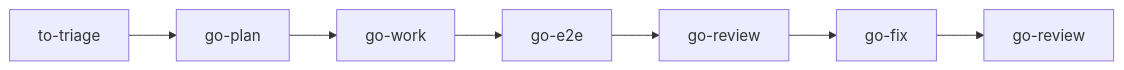
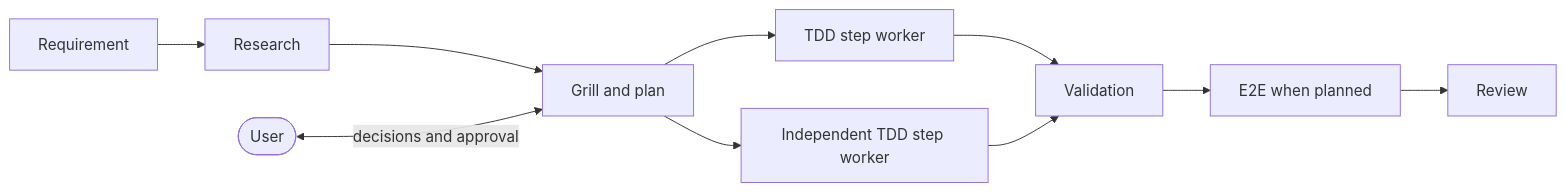
The diagram in docs/justaway.md (le0u0/just-do-it), drawn with Mermaid before and after one commit. The commit also changed other lines of this file and 40 other files, not shown here.

````diff
--- a/docs/justaway.md
+++ b/docs/justaway.md
@@ -56,4 +5,12 @@
 ```mermaid
 flowchart LR
-    T[to-triage] --> P[go-plan] --> W[go-work] --> E[go-e2e] --> R[go-review] --> F[go-fix] --> R2[go-review]
+    T[Requirement] --> R[Research]
+    R --> P[Grill and plan]
+    U([User]) <-->|decisions and approval| P
+    P --> A[TDD step worker]
+    P --> B[Independent TDD step worker]
+    A --> V[Validation]
+    B --> V
+    V --> E[E2E when planned]
+    E --> C[Review]
 ```
````
